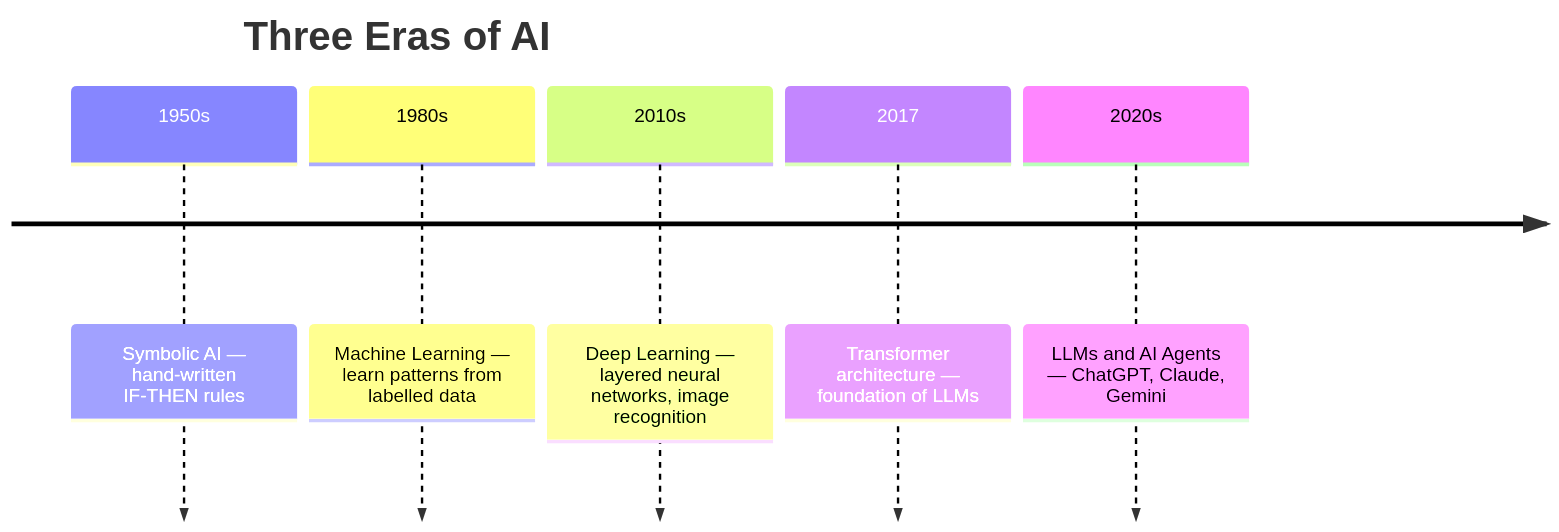
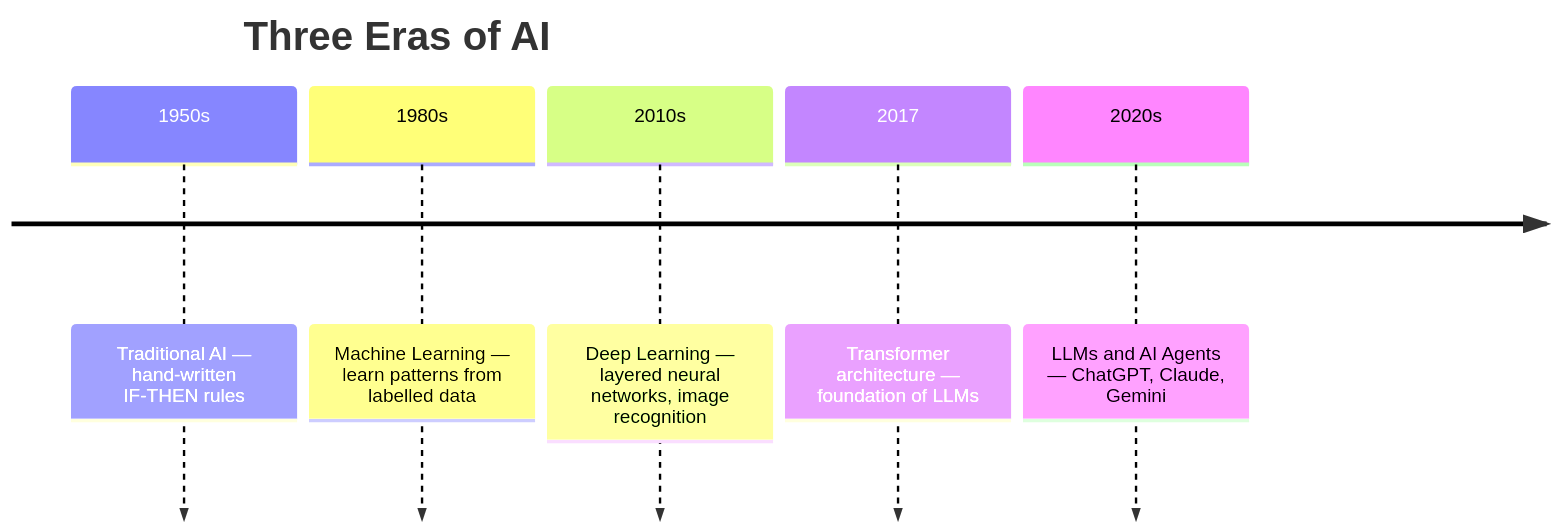
The second of 5 diagrams in Week3/1.A Brief History Of AI.md (NamrataRev/AI_academy), drawn with Mermaid before and after one commit. The commit also changed other lines of this file, not shown here.

````diff
--- a/Week3/1.A Brief History Of AI.md
+++ b/Week3/1.A Brief History Of AI.md
@@ -84,9 +84,9 @@
 ```mermaid
 timeline
     title Three Eras of AI
-    1950s : Symbolic AI — hand-written IF-THEN rules
+    1950s : Traditional AI — hand-written IF-THEN rules
     1980s : Machine Learning — learn patterns from labelled data
     2010s : Deep Learning — layered neural networks, image recognition
     2017  : Transformer architecture — foundation of LLMs
     2020s : LLMs and AI Agents — ChatGPT, Claude, Gemini
 ```
````
